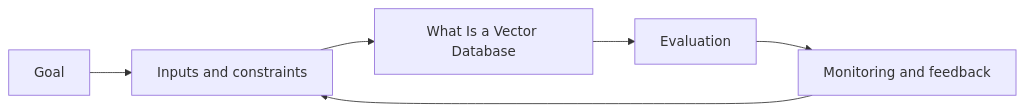
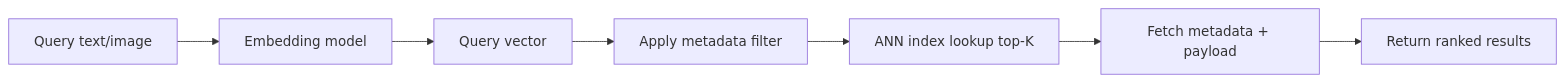
One commit to Icon1cc/Machine-Learning changed the diagram in vector-databases/01-what-is-a-vector-database.md. Above: the diagram before and after it, drawn with Mermaid. The commit also changed other lines of this file and 264 other files, not shown here.

````diff
--- a/vector-databases/01-what-is-a-vector-database.md
+++ b/vector-databases/01-what-is-a-vector-database.md
@@ -92,8 +218,9 @@
 ```mermaid
 flowchart LR
-    A[Goal] --> B[Inputs and constraints]
-    B --> C[What Is a Vector Database]
-    C --> D[Evaluation]
-    D --> E[Monitoring and feedback]
-    E --> B
+    Q[Query text/image] --> E[Embedding model]
+    E --> V[Query vector]
+    V --> F[Apply metadata filter]
+    F --> A[ANN index lookup top-K]
+    A --> M[Fetch metadata + payload]
+    M --> R[Return ranked results]
 ```
````
